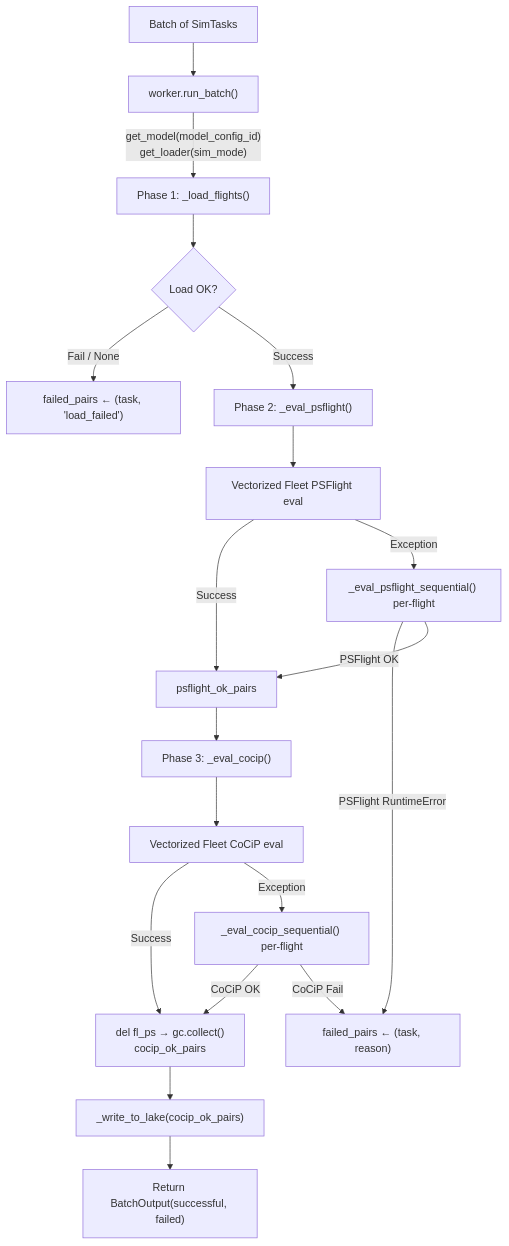
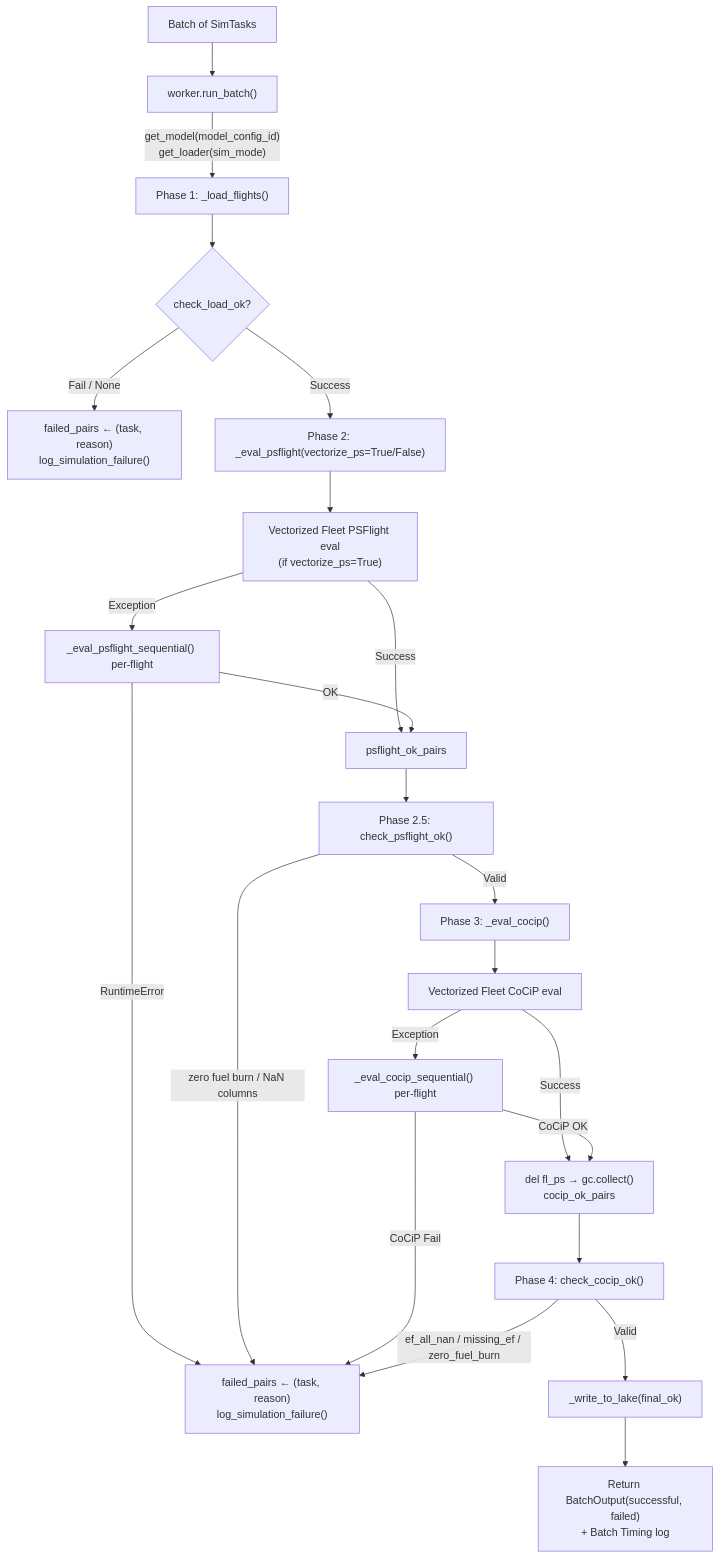
Before and after one commit to Bauzement123/flight-physics-pipeline: the second of 2 diagrams in src/core/physics/README.md, drawn with Mermaid. The commit also changed other lines of this file and 5 other files, not shown here.

First line of the commit message:
feat(physics): add check_psflight_ok gate, --no-vec-ps flag, phase timing, and failure audit log

````diff
--- a/src/core/physics/README.md
+++ b/src/core/physics/README.md
@@ -213,21 +213,25 @@
 ```mermaid
 flowchart TD
     A["Batch of SimTasks"] --> B["worker.run_batch()"]
     B --> |"get_model(model_config_id)\nget_loader(sim_mode)"| C["Phase 1: _load_flights()"]
-    C --> D{"Load OK?"}
-    D --> |"Fail / None"| E["failed_pairs ← (task, 'load_failed')"]
-    D --> |"Success"| F["Phase 2: _eval_psflight()"]
-    F --> G["Vectorized Fleet PSFlight eval"]
+    C --> D{"check_load_ok?"}
+    D --> |"Fail / None"| E["failed_pairs ← (task, reason)\nlog_simulation_failure()"]
+    D --> |"Success"| F["Phase 2: _eval_psflight(vectorize_ps=True/False)"]
+    F --> G["Vectorized Fleet PSFlight eval\n(if vectorize_ps=True)"]
     G --> |"Success"| H["psflight_ok_pairs"]
     G --> |"Exception"| I["_eval_psflight_sequential() per-flight"]
-    I --> |"PSFlight RuntimeError"| J["failed_pairs ← (task, reason)"]
-    I --> |"PSFlight OK"| H
-    H --> K["Phase 3: _eval_cocip()"]
+    I --> |"RuntimeError"| J["failed_pairs ← (task, reason)\nlog_simulation_failure()"]
+    I --> |"OK"| H
+    H --> H2["Phase 2.5: check_psflight_ok()"]
+    H2 --> |"zero fuel burn / NaN columns"| J
+    H2 --> |"Valid"| K["Phase 3: _eval_cocip()"]
     K --> L["Vectorized Fleet CoCiP eval"]
     L --> |"Success"| M["del fl_ps → gc.collect()\ncocip_ok_pairs"]
     L --> |"Exception"| N["_eval_cocip_sequential() per-flight"]
     N --> |"CoCiP OK"| M
     N --> |"CoCiP Fail"| J
-    M --> O["_write_to_lake(cocip_ok_pairs)"]
-    O --> P["Return BatchOutput(successful, failed)"]
+    M --> O["Phase 4: check_cocip_ok()"]
+    O --> |"ef_all_nan / missing_ef / zero_fuel_burn"| J
+    O --> |"Valid"| P["_write_to_lake(final_ok)"]
+    P --> Q["Return BatchOutput(successful, failed)\n+ Batch Timing log"]
 ```
````
